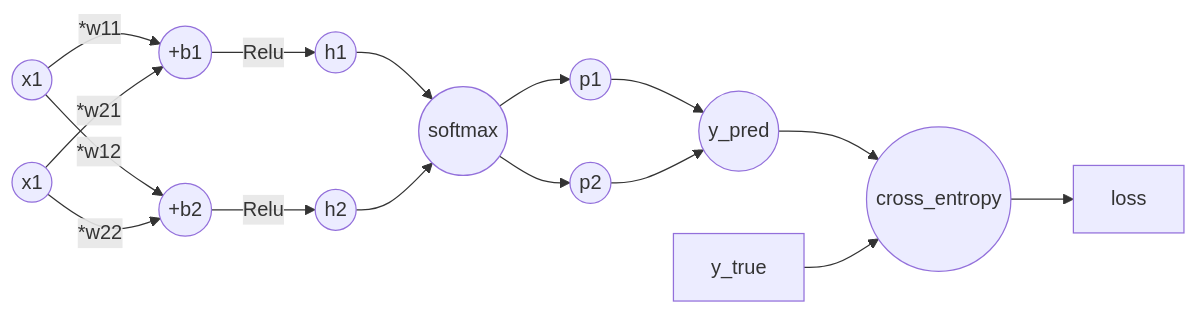
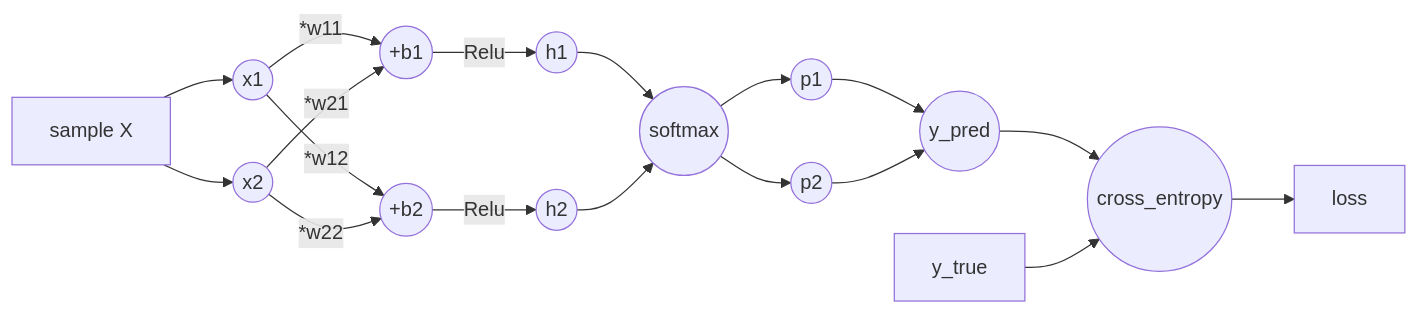
Before and after one commit to thylakoids/nnfs: the diagram in README.md, drawn with Mermaid. The commit also changed other lines of this file and 1 other file, not shown here.

````diff
--- a/README.md
+++ b/README.md
@@ -7,23 +8,25 @@
 ``` mermaid
 graph LR
+X[sample X] --> x1
+X --> x2
 x1((x1))--*w11-->b1((+b1))
 x1--*w12-->b2((+b2))
-x2((x1))--*w21-->b1
+x2((x2))--*w21-->b1
 x2--*w22-->b2
 
 b1--Relu-->h1((h1))
 b2--Relu-->h2((h2))
 
 h1-->softmax((softmax))
 h2-->softmax
 
 softmax-->p1((p1))
 softmax-->p2((p2))
 p1 --> y_pred((y_pred))
 p2 --> y_pred
 
 y_pred-->cross_entropy((cross_entropy))
 y_true-->cross_entropy
 
 cross_entropy --> loss
 ```
````
